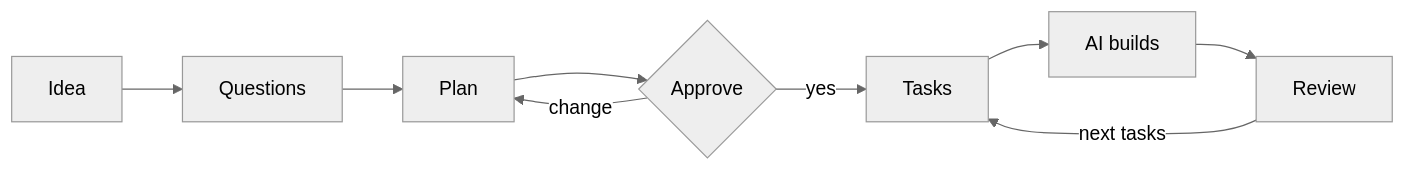
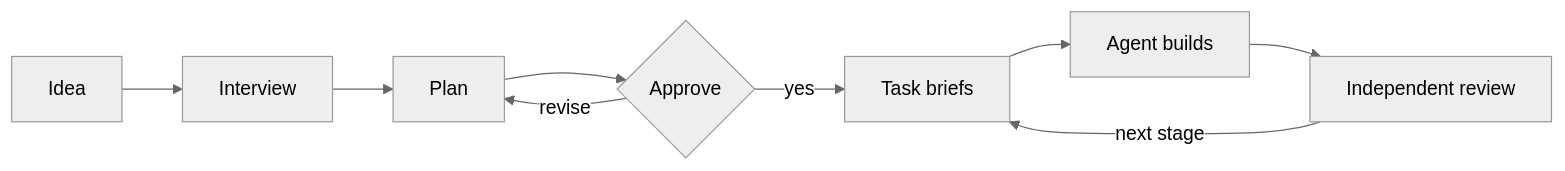
The diagram in README.md (atshv/Polier), drawn with Mermaid (neutral theme) before and after one commit. The commit also changed other lines of this file and 27 other files, not shown here.

````diff
--- a/README.md
+++ b/README.md
@@ -12,7 +10,7 @@
 ```mermaid
 flowchart LR
-    A[Idea] --> B[Questions] --> C[Plan] --> D{Approve}
-    D -- yes --> E[Tasks] --> F[AI builds] --> G[Review]
-    D -- change --> C
-    G -- next tasks --> E
+    A[Idea] --> B[Interview] --> C[Plan] --> D{Approve}
+    D -- yes --> E[Task briefs] --> F[Agent builds] --> G[Independent review]
+    D -- revise --> C
+    G -- next stage --> E
 ```
````
